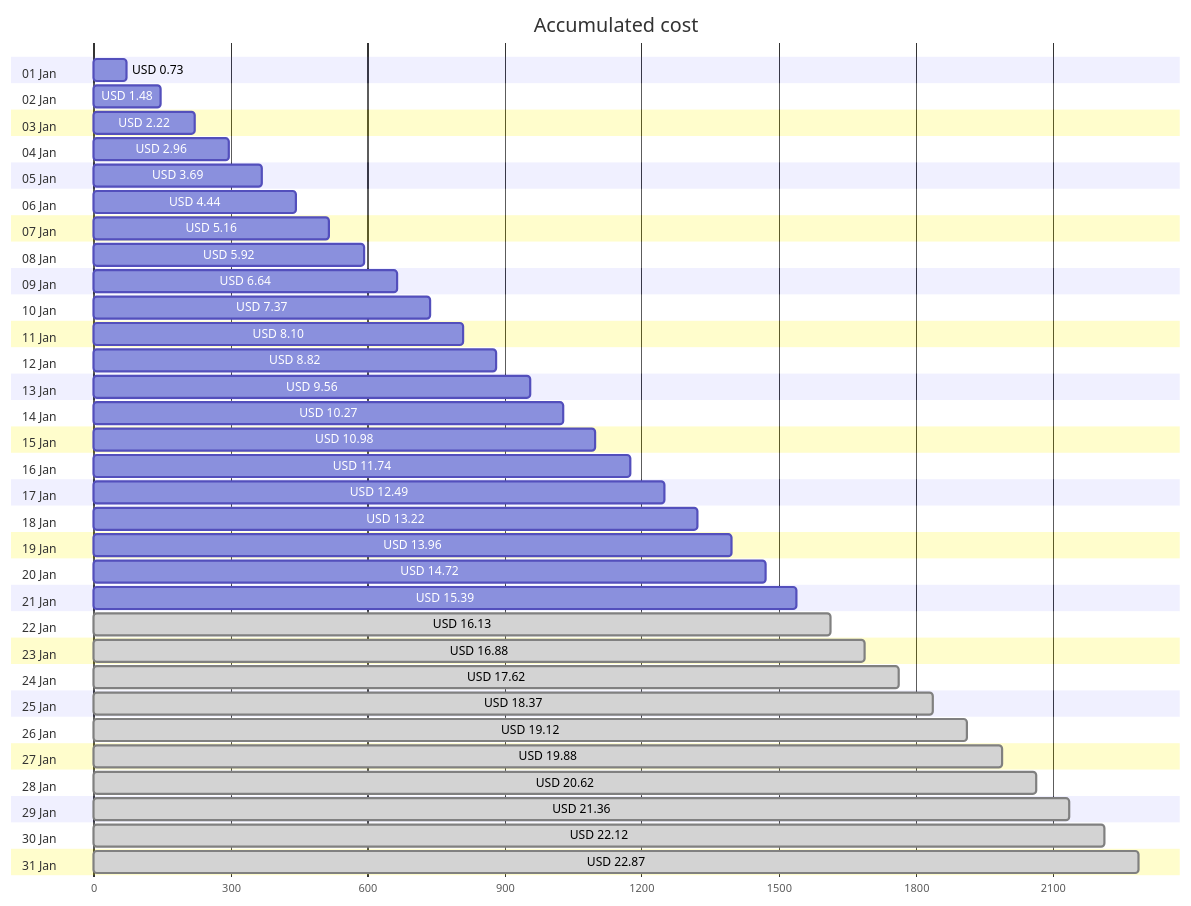
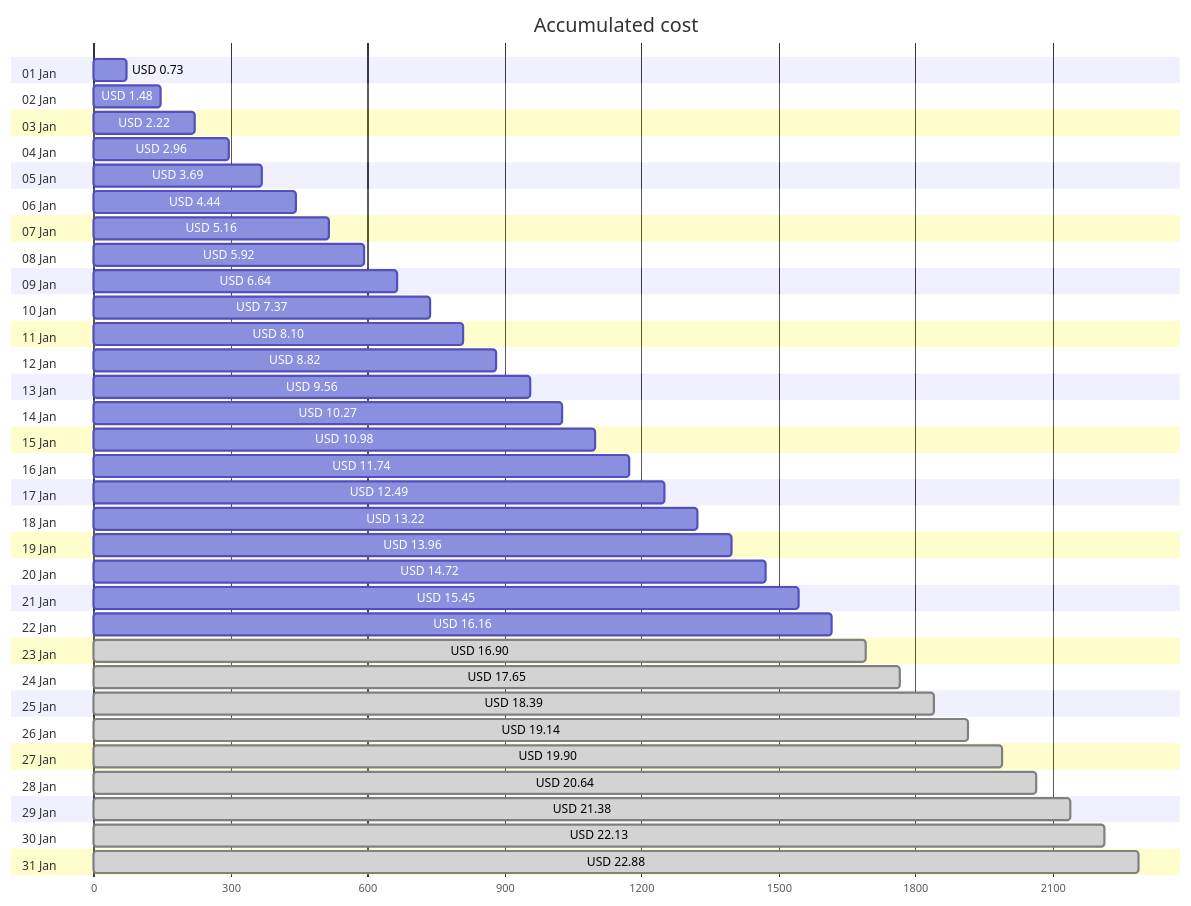
Before and after one commit to jpfulton/azure-personal-reports: the first of 4 diagrams in cost-reports/personal-network/backup-server-data-disk.md, drawn with Mermaid. The commit also changed other lines of this file and 8 other files, not shown here.

````diff
--- a/cost-reports/personal-network/backup-server-data-disk.md
+++ b/cost-reports/personal-network/backup-server-data-disk.md
@@ -20,68 +20,68 @@
 ```mermaid
 gantt
    title Accumulated cost
    dateFormat  X
    axisFormat %s
    section 01 Jan
    USD 0.73 :0, 73
    section 02 Jan
    USD 1.48 :0, 148
    section 03 Jan
    USD 2.22 :0, 222
    section 04 Jan
    USD 2.96 :0, 296
    section 05 Jan
    USD 3.69 :0, 369
    section 06 Jan
    USD 4.44 :0, 444
    section 07 Jan
    USD 5.16 :0, 516
    section 08 Jan
    USD 5.92 :0, 592
    section 09 Jan
    USD 6.64 :0, 664
    section 10 Jan
    USD 7.37 :0, 737
    section 11 Jan
    USD 8.10 :0, 810
    section 12 Jan
    USD 8.82 :0, 882
    section 13 Jan
    USD 9.56 :0, 956
    section 14 Jan
    USD 10.27 :0, 1027
    section 15 Jan
    USD 10.98 :0, 1098
    section 16 Jan
    USD 11.74 :0, 1174
    section 17 Jan
    USD 12.49 :0, 1249
    section 18 Jan
    USD 13.22 :0, 1322
    section 19 Jan
    USD 13.96 :0, 1396
    section 20 Jan
    USD 14.72 :0, 1472
    section 21 Jan
-   USD 15.39 :0, 1539
+   USD 15.45 :0, 1545
    section 22 Jan
-   USD 16.13 : done, 0, 1613
+   USD 16.16 :0, 1616
    section 23 Jan
-   USD 16.88 : done, 0, 1688
+   USD 16.90 : done, 0, 1690
    section 24 Jan
-   USD 17.62 : done, 0, 1762
+   USD 17.65 : done, 0, 1765
    section 25 Jan
-   USD 18.37 : done, 0, 1837
+   USD 18.39 : done, 0, 1839
    section 26 Jan
-   USD 19.12 : done, 0, 1912
+   USD 19.14 : done, 0, 1914
    section 27 Jan
-   USD 19.88 : done, 0, 1988
+   USD 19.90 : done, 0, 1990
    section 28 Jan
-   USD 20.62 : done, 0, 2062
+   USD 20.64 : done, 0, 2064
    section 29 Jan
-   USD 21.36 : done, 0, 2136
+   USD 21.38 : done, 0, 2138
    section 30 Jan
-   USD 22.12 : done, 0, 2212
+   USD 22.13 : done, 0, 2213
    section 31 Jan
-   USD 22.87 : done, 0, 2287
+   USD 22.88 : done, 0, 2288
 ```
````
